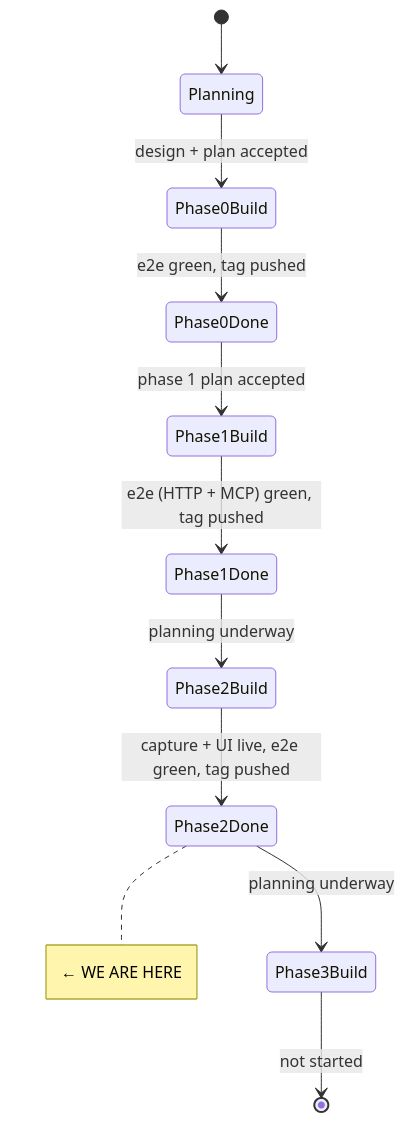
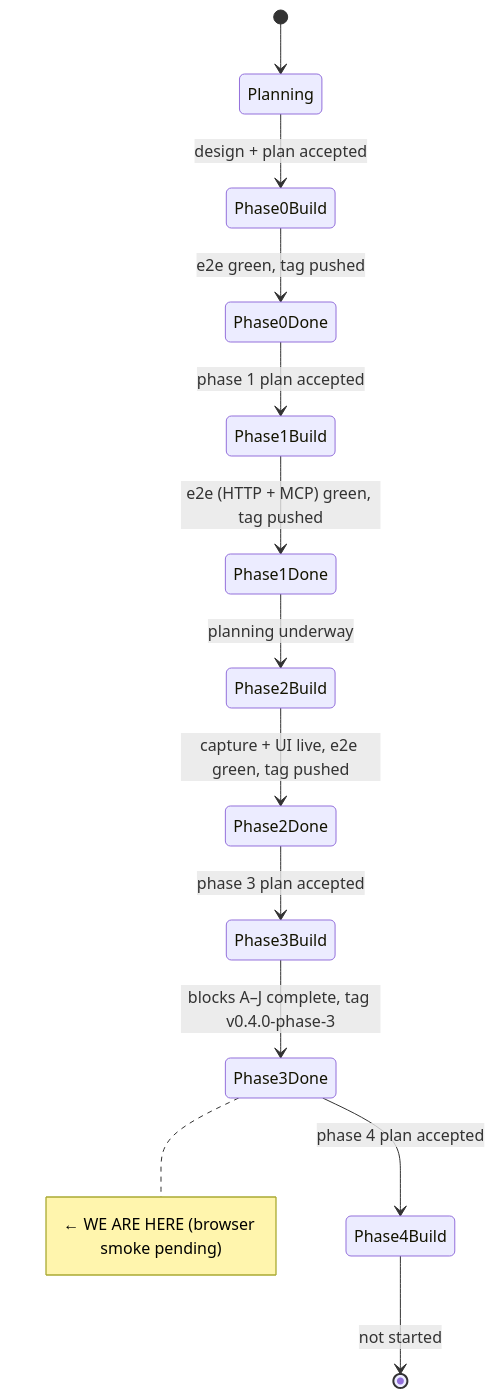
Before and after one commit to dataforaction-tom/soundings: the first of 2 diagrams in STATE.md, drawn with Mermaid. The commit also changed other lines of this file and 3 other files, not shown here.

First line of the commit message:
Phase 3 Block J: e2e + runbook + tag prep (#4)

````diff
--- a/STATE.md
+++ b/STATE.md
@@ -8,14 +12,16 @@
 ```mermaid
 stateDiagram-v2
     [*] --> Planning
     Planning --> Phase0Build: design + plan accepted
     Phase0Build --> Phase0Done: e2e green, tag pushed
     Phase0Done --> Phase1Build: phase 1 plan accepted
     Phase1Build --> Phase1Done: e2e (HTTP + MCP) green, tag pushed
     Phase1Done --> Phase2Build: planning underway
     Phase2Build --> Phase2Done: capture + UI live, e2e green, tag pushed
-    Phase2Done --> Phase3Build: planning underway
-    Phase3Build --> [*]: not started
+    Phase2Done --> Phase3Build: phase 3 plan accepted
+    Phase3Build --> Phase3Done: blocks A–J complete, tag v0.4.0-phase-3
+    Phase3Done --> Phase4Build: phase 4 plan accepted
+    Phase4Build --> [*]: not started
 
-    note right of Phase2Done: ← WE ARE HERE
+    note right of Phase3Done: ← WE ARE HERE (browser smoke pending)
 ```
````
